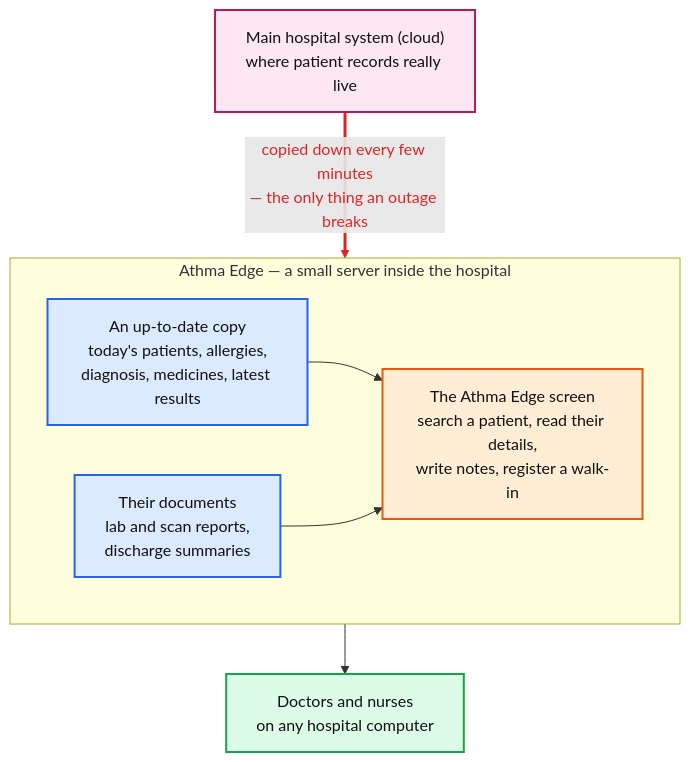
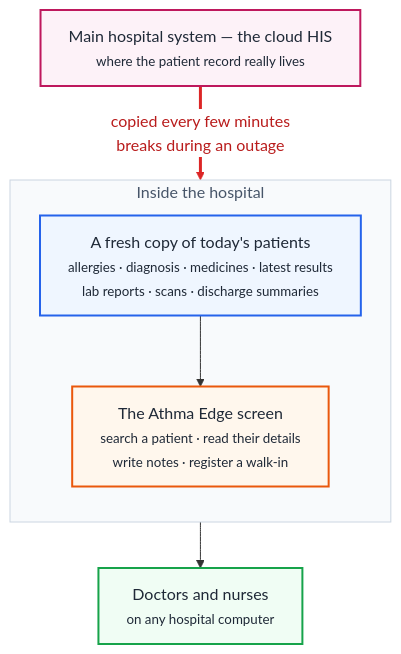
One commit to daivahealth/athma-edge changed the diagram in README.md. Above: the diagram before and after it, drawn with Mermaid.

Commit message:
docs: make the README diagram legible (#15)
The first version rendered badly: boxes too narrow so text wrapped
mid-phrase, the subgraph default yellow, its title clipped, and the
two side-by-side boxes laid out in the wrong order.

This time it was checked against a real Mermaid render rather than
written blind.

- An init directive sets wrappingWidth, spacing and padding, so
  labels break where the <br/> tags say and nowhere else
- The two data boxes are merged into one, which removes the
  side-by-side layout that was misordering itself, and reads better
  anyway: one copy of everything, feeding one screen
- Subgraph title shortened to "Inside the hospital" so it stops
  being clipped, and styled slate instead of default yellow
- Edge label shortened to two short lines on a white background
- <small> for the secondary line in each box, giving each one a
  heading and detail rather than a wall of equal-weight text

Four boxes top to bottom: the cloud system, the copy inside the
hospital, the screen, the staff. One red arrow between the first two.

````diff
--- a/README.md
+++ b/README.md
@@ -7,28 +7,28 @@
 ```mermaid
+%%{init: {"flowchart": {"htmlLabels": true, "wrappingWidth": 420, "nodeSpacing": 40, "rankSpacing": 46, "padding": 14}, "themeVariables": {"edgeLabelBackground": "#ffffff"}} }%%
 flowchart TB
-    HIS["Main hospital system (cloud)<br/>where patient records really live"]
+    HIS["Main hospital system — the cloud HIS<br/><small>where the patient record really lives</small>"]
 
-    subgraph EDGE["Athma Edge — a small server inside the hospital"]
-        direction LR
-        COPY["An up-to-date copy<br/>today's patients, allergies,<br/>diagnosis, medicines, latest results"]
-        DOCS["Their documents<br/>lab and scan reports,<br/>discharge summaries"]
-        APP["The Athma Edge screen<br/>search a patient, read their details,<br/>write notes, register a walk-in"]
-        COPY --> APP
-        DOCS --> APP
+    subgraph EDGE ["Inside the hospital"]
+        direction TB
+        DATA["A fresh copy of today's patients<br/><small>allergies · diagnosis · medicines · latest results<br/>lab reports · scans · discharge summaries</small>"]
+        APP["The Athma Edge screen<br/><small>search a patient · read their details<br/>write notes · register a walk-in</small>"]
+        DATA --> APP
     end
 
-    STAFF["Doctors and nurses<br/>on any hospital computer"]
+    STAFF["Doctors and nurses<br/><small>on any hospital computer</small>"]
 
-    HIS -->|"copied down every few minutes<br/>— the only thing an outage breaks"| EDGE
+    HIS -- "copied every few minutes<br/>breaks during an outage" --> EDGE
     APP --> STAFF
 
-    classDef cloud fill:#fce7f3,stroke:#be185d,stroke-width:2px,color:#111
-    classDef local fill:#dbeafe,stroke:#2563eb,stroke-width:2px,color:#111
-    classDef app fill:#ffedd5,stroke:#ea580c,stroke-width:2px,color:#111
-    classDef people fill:#dcfce7,stroke:#16a34a,stroke-width:2px,color:#111
+    classDef cloud fill:#fdf2f8,stroke:#be185d,stroke-width:2px,color:#1f2937
+    classDef local fill:#eff6ff,stroke:#2563eb,stroke-width:2px,color:#1f2937
+    classDef app fill:#fff7ed,stroke:#ea580c,stroke-width:2px,color:#1f2937
+    classDef people fill:#f0fdf4,stroke:#16a34a,stroke-width:2px,color:#1f2937
     class HIS cloud
-    class COPY,DOCS local
+    class DATA local
     class APP app
     class STAFF people
-    linkStyle 2 stroke:#dc2626,stroke-width:3px,color:#dc2626
+    style EDGE fill:#f8fafc,stroke:#cbd5e1,stroke-width:1px,color:#475569
+    linkStyle 1 stroke:#dc2626,stroke-width:3px,color:#b91c1c
 ```
````
